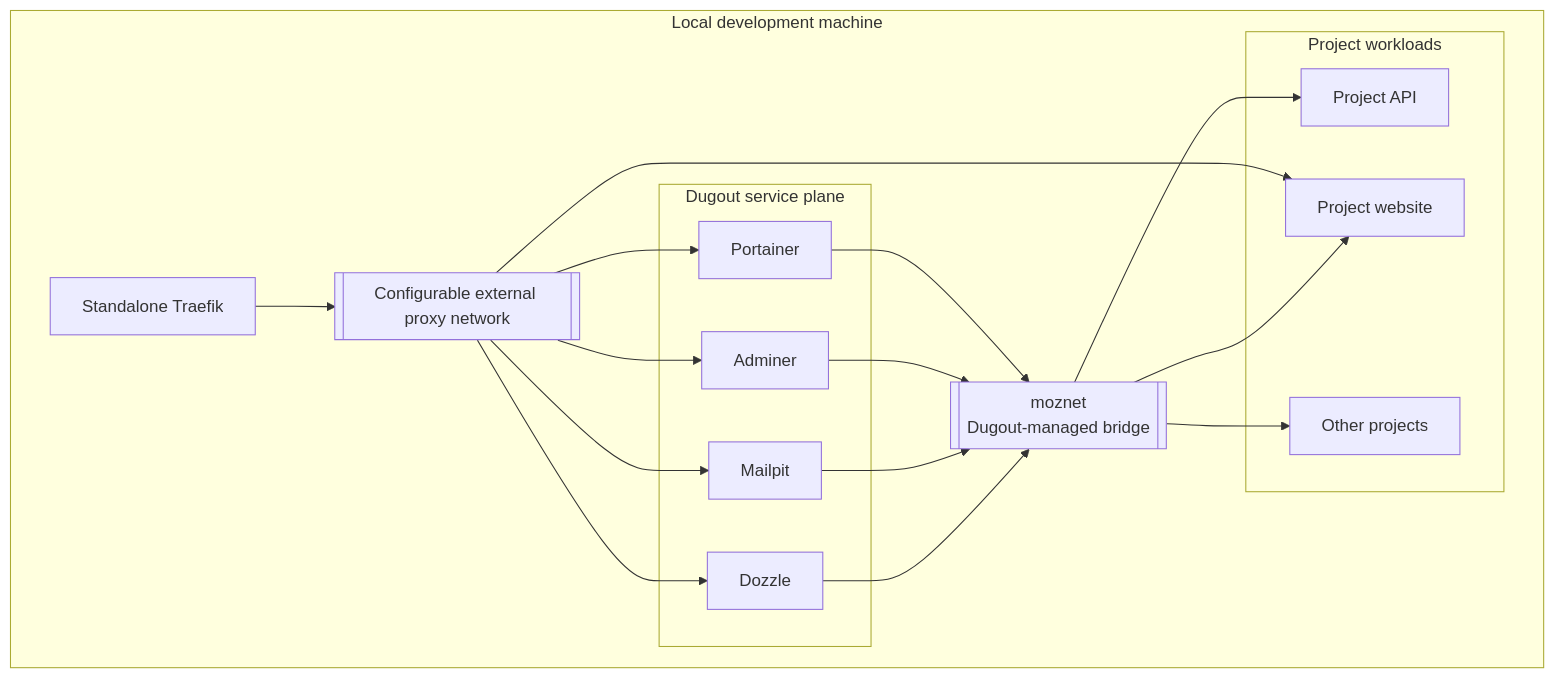
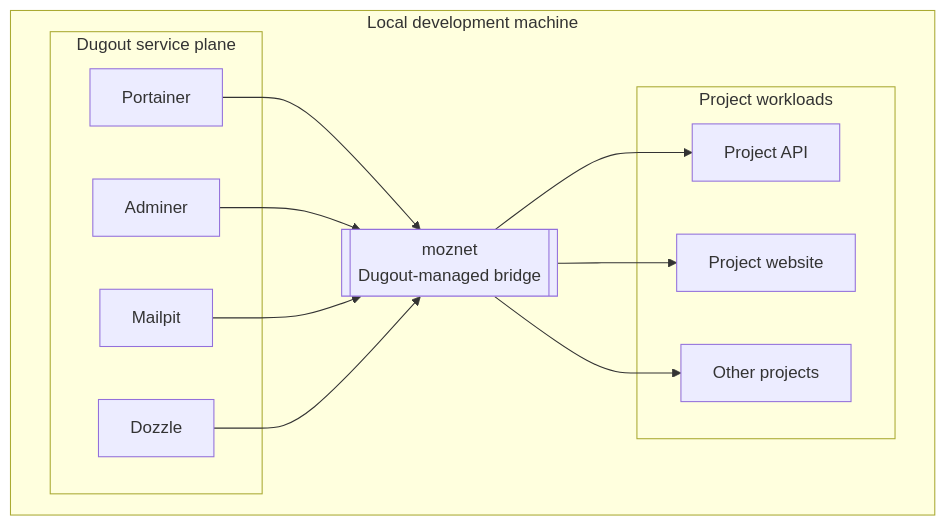
The first of 3 diagrams in docs/01-platform-architecture.md (moztopia/dugout), drawn with Mermaid before and after one commit. The commit also changed other lines of this file and 18 other files, not shown here.

````diff
--- a/docs/01-platform-architecture.md
+++ b/docs/01-platform-architecture.md
@@ -30,35 +29,27 @@
 ```mermaid
 flowchart TB
     subgraph machine["Local development machine"]
-        proxy["Standalone Traefik"]
-        proxynet[["Configurable external proxy network"]]
         subgraph dugout["Dugout service plane"]
             portainer["Portainer"]
             adminer["Adminer"]
             mailpit["Mailpit"]
             dozzle["Dozzle"]
         end
 
         moznet[["moznet<br/>Dugout-managed bridge"]]
 
         subgraph projects["Project workloads"]
             projectApi["Project API"]
             projectWebsite["Project website"]
             others["Other projects"]
         end
 
-        proxy --> proxynet
-        proxynet --> portainer
-        proxynet --> adminer
-        proxynet --> mailpit
-        proxynet --> dozzle
-        proxynet --> projectWebsite
         portainer --> moznet
         adminer --> moznet
         mailpit --> moznet
         dozzle --> moznet
         moznet --> projectApi
         moznet --> projectWebsite
         moznet --> others
     end
 ```
````
